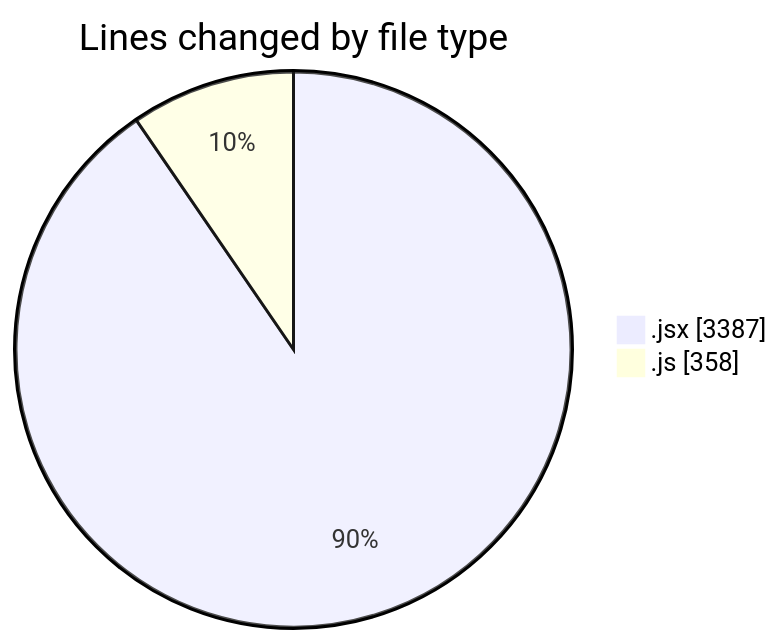
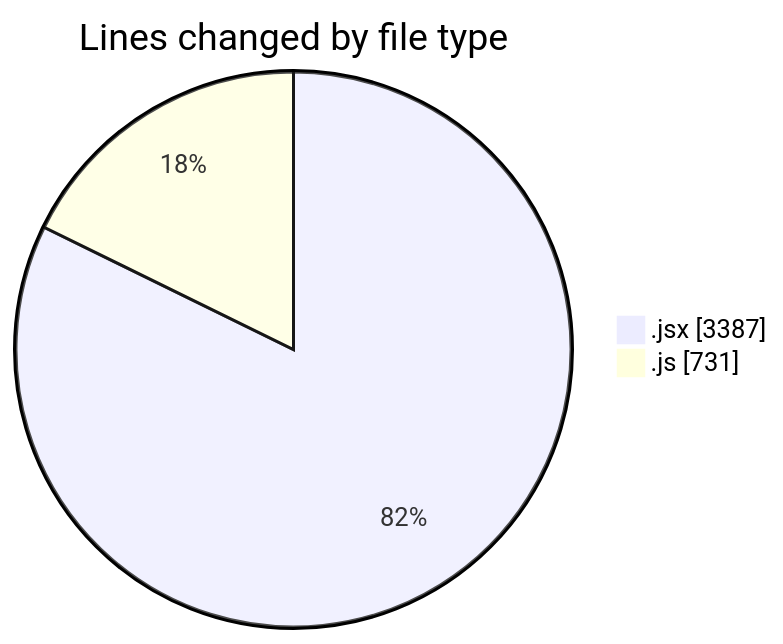
One commit to nxtqubesakshisongat/code-tracking changed the first of 2 diagrams in 2025-07-21/nxtqube_webapp/README.md. Above: the diagram before and after it, drawn with Mermaid. The commit also changed other lines of this file and 1 other file, not shown here.

````diff
--- a/2025-07-21/nxtqube_webapp/README.md
+++ b/2025-07-21/nxtqube_webapp/README.md
@@ -25,6 +26,6 @@
 ```mermaid
 pie showData
 title Lines changed by file type
 ".jsx" : 3387
-".js" : 358
+".js" : 731
 ```
````
